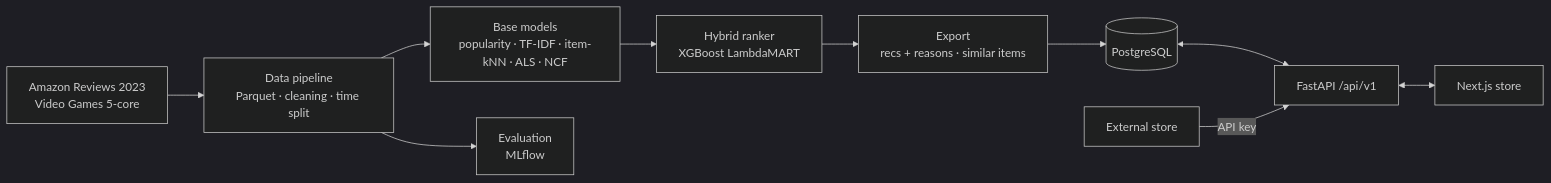
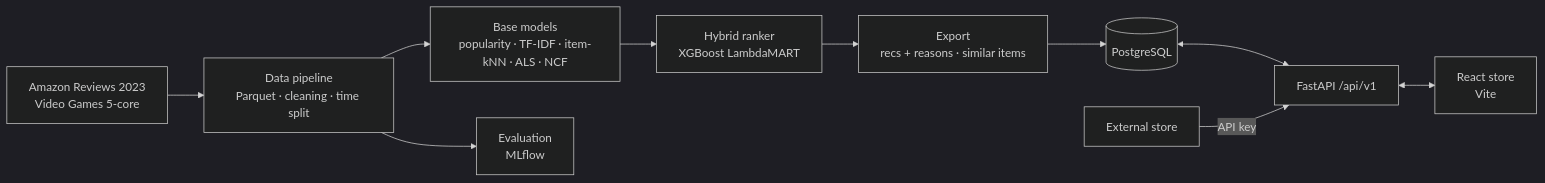
The diagram in README.md (shahabhilash/cartsense), drawn with Mermaid (dark theme) before and after one commit. The commit also changed other lines of this file and 32 other files, not shown here.

First line of the commit message:
refactor(web): migrate storefront from Next.js to React with Vite

````diff
--- a/README.md
+++ b/README.md
@@ -68,12 +68,12 @@
 ```mermaid
 flowchart LR
     A[Amazon Reviews 2023<br/>Video Games 5-core] --> B[Data pipeline<br/>Parquet · cleaning · time split]
     B --> C[Base models<br/>popularity · TF-IDF · item-kNN · ALS · NCF]
     C --> D[Hybrid ranker<br/>XGBoost LambdaMART]
     D --> E[Export<br/>recs + reasons · similar items]
     B --> F[Evaluation<br/>MLflow]
     E --> G[(PostgreSQL)]
     G <--> H[FastAPI /api/v1]
-    H <--> I[Next.js store]
+    H <--> I[React store<br/>Vite]
     J[External store] -- API key --> H
 ```
````
